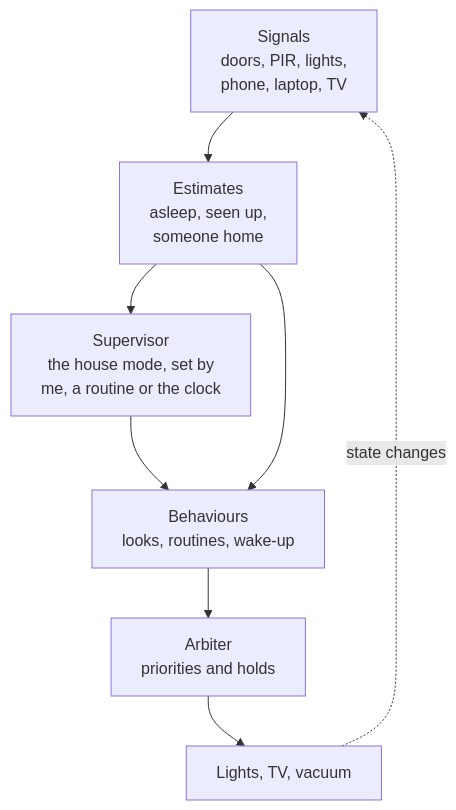
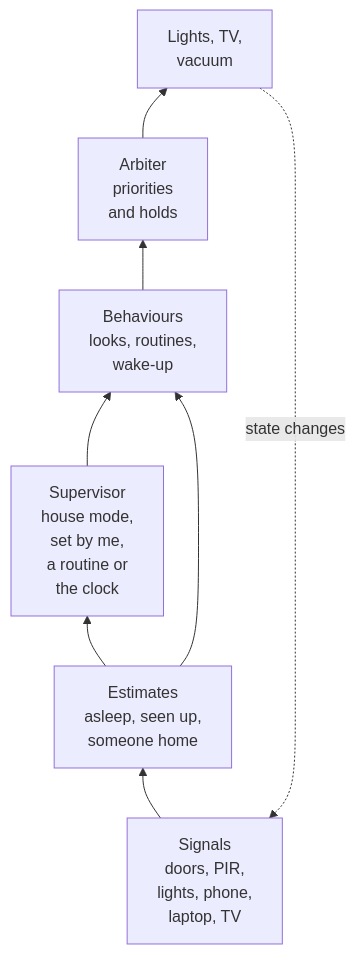
The first of 5 diagrams in docs/control.md (SettlingAbyss96/fosters-home-hub), drawn with Mermaid before and after one commit. The commit also changed other lines of this file and 4 other files, not shown here.

First line of the commit message:
Flowcharts: no overlapping labels, nothing under GitHub's zoom buttons

````diff
--- a/docs/control.md
+++ b/docs/control.md
@@ -25,10 +25,14 @@
 ```mermaid
-flowchart TD
-    S[Signals<br/>doors, PIR, lights,<br/>phone, laptop, TV] --> E[Estimates<br/>asleep, seen up,<br/>someone home]
-    E --> M[Supervisor<br/>the house mode, set by<br/>me, a routine or the clock]
-    M --> B[Behaviours<br/>looks, routines, wake-up]
+---
+config:
+  themeCSS: ".edgeLabel, .edgeLabel p, .labelBkg { background-color: var(--bgColor-default) !important } .edgeLabel rect { opacity: 1 !important; fill: var(--bgColor-default) !important }"
+---
+flowchart BT
+    S[Signals<br/>doors, PIR,<br/>lights, phone,<br/>laptop, TV] --> E[Estimates<br/>asleep, seen up,<br/>someone home]
+    E --> M[Supervisor<br/>house mode,<br/>set by me,<br/>a routine or<br/>the clock]
+    M --> B[Behaviours<br/>looks, routines,<br/>wake-up]
     E --> B
-    B --> G[Arbiter<br/>priorities and holds]
-    G --> A[Lights, TV, vacuum]
+    B --> G[Arbiter<br/>priorities<br/>and holds]
+    G --> A[Lights, TV,<br/>vacuum]
     A -.->|state changes| S
 ```
````
